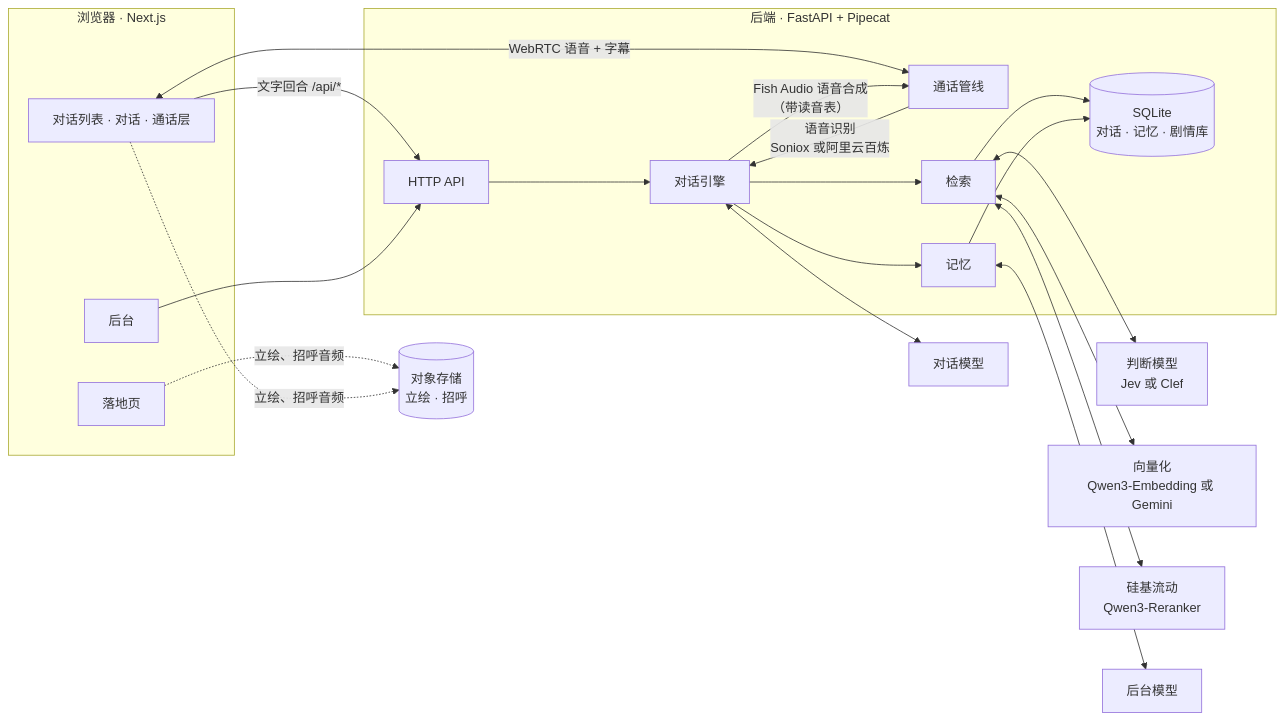
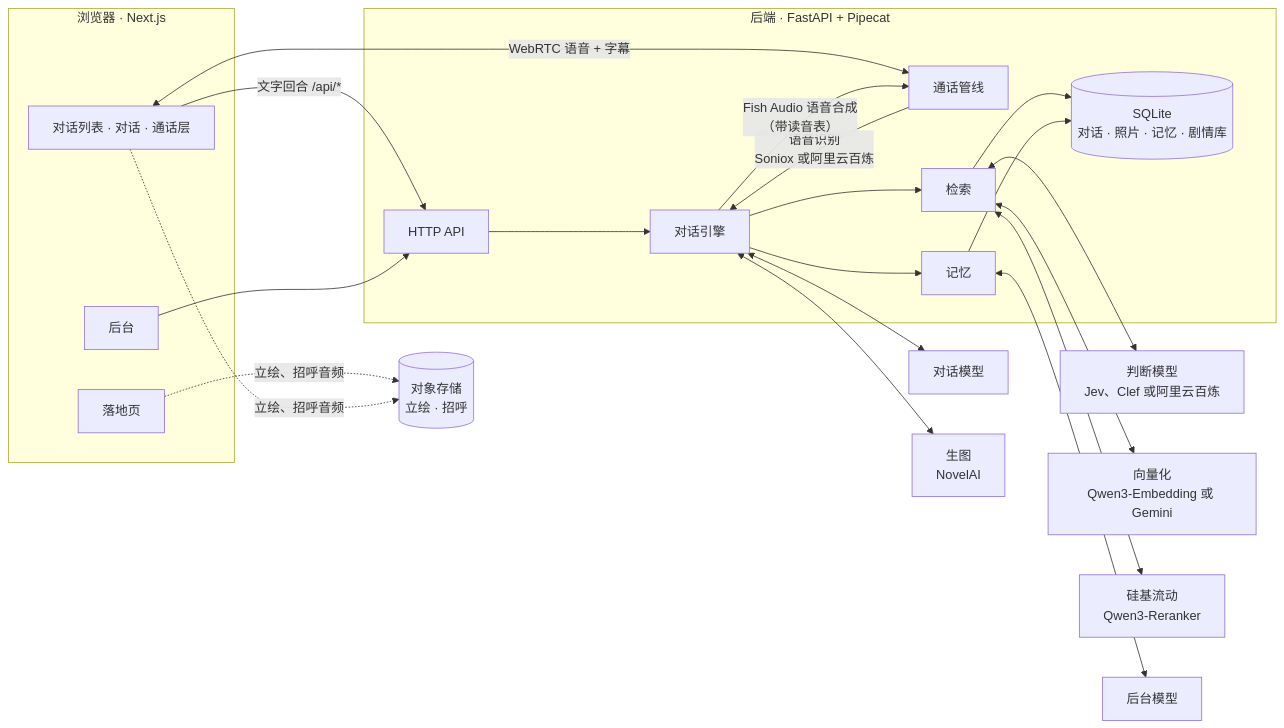
The diagram in README.md (3aKHP/idolum), drawn with Mermaid before and after one commit. The commit also changed other lines of this file and 4 other files, not shown here.

````diff
--- a/README.md
+++ b/README.md
@@ -133,36 +146,37 @@
 ```mermaid
 flowchart LR
     subgraph Browser["浏览器 · Next.js"]
         Landing["落地页"]
         UI["对话列表 · 对话 · 通话层"]
         Admin["后台"]
     end
 
     subgraph Backend["后端 · FastAPI + Pipecat"]
         API["HTTP API"]
         Call["通话管线"]
         Engine["对话引擎"]
         Retrieval["检索"]
         Memory["记忆"]
-        DB[("SQLite<br/>对话 · 记忆 · 剧情库")]
+        DB[("SQLite<br/>对话 · 照片 · 记忆 · 剧情库")]
     end
 
     Bucket[("对象存储<br/>立绘 · 招呼")]
 
     UI -- "文字回合 /api/*" --> API
     Admin --> API
     UI <-- "WebRTC 语音 + 字幕" --> Call
     Landing & UI -. "立绘、招呼音频" .-> Bucket
     API --> Engine
     Call -- "语音识别<br/>Soniox 或阿里云百炼" --> Engine
     Engine -- "Fish Audio 语音合成<br/>（带读音表）" --> Call
     Engine --> Retrieval
     Engine --> Memory
     Retrieval --> DB
     Memory --> DB
     Engine <--> ChatLLM["对话模型"]
-    Retrieval <--> Judge["判断模型<br/>Jev 或 Clef"]
+    Retrieval <--> Judge["判断模型<br/>Jev、Clef 或阿里云百炼"]
     Retrieval <--> Emb["向量化<br/>Qwen3-Embedding 或 Gemini"]
     Retrieval <--> SF["硅基流动<br/>Qwen3-Reranker"]
     Memory <--> BgLLM["后台模型"]
+    Engine <--> Image["生图<br/>NovelAI"]
 ```
````
